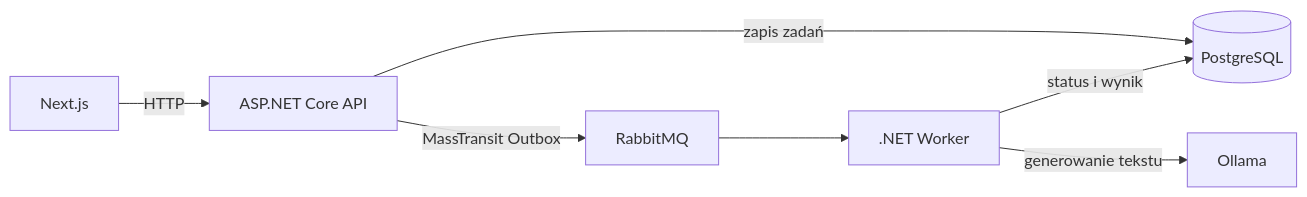
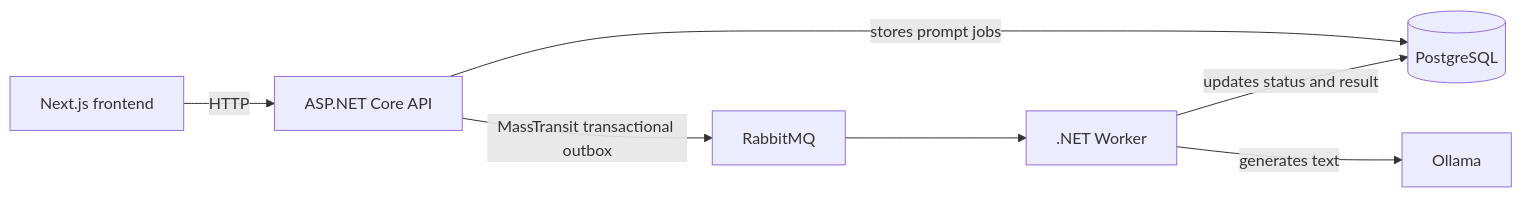
Before and after one commit to pioblaszcz/PromptProcessing: the diagram in README.md, drawn with Mermaid. The commit also changed other lines of this file and 1 other file, not shown here.

````diff
--- a/README.md
+++ b/README.md
@@ -7,9 +9,9 @@
 ```mermaid
 flowchart LR
-    Web[Next.js] -->|HTTP| Api[ASP.NET Core API]
-    Api -->|zapis zadań| Postgres[(PostgreSQL)]
-    Api -->|MassTransit Outbox| RabbitMQ[RabbitMQ]
+    Web[Next.js frontend] -->|HTTP| Api[ASP.NET Core API]
+    Api -->|stores prompt jobs| Postgres[(PostgreSQL)]
+    Api -->|MassTransit transactional outbox| RabbitMQ[RabbitMQ]
     RabbitMQ --> Worker[.NET Worker]
-    Worker -->|status i wynik| Postgres
-    Worker -->|generowanie tekstu| Ollama[Ollama]
+    Worker -->|updates status and result| Postgres
+    Worker -->|generates text| Ollama[Ollama]
 ```
````
